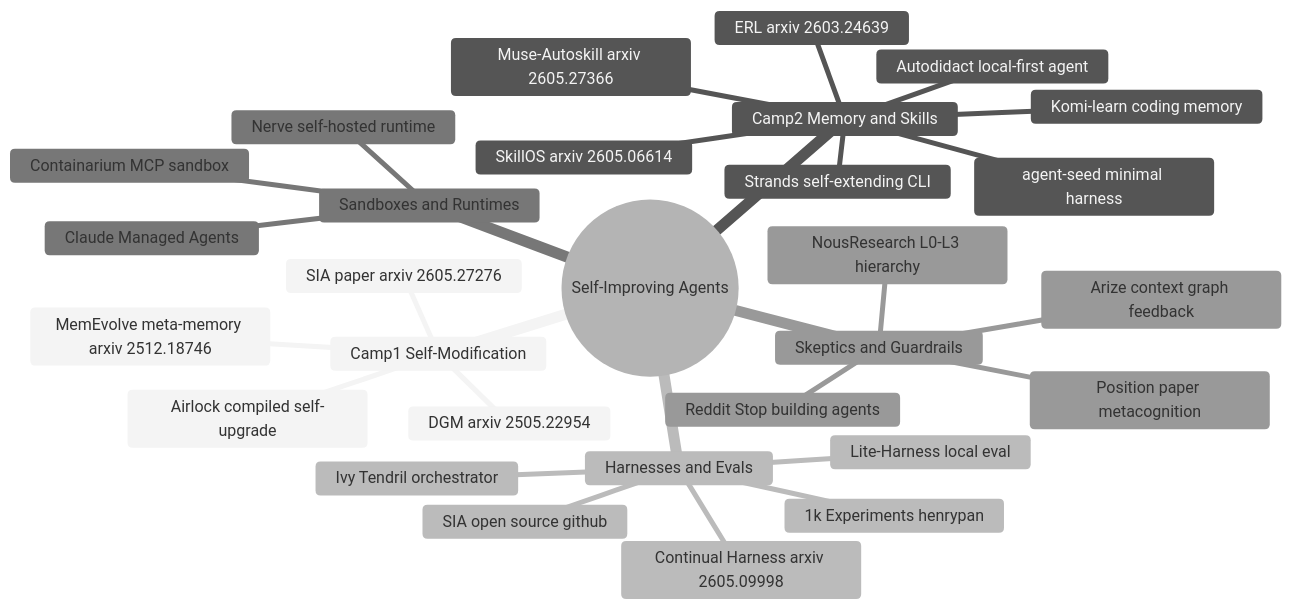
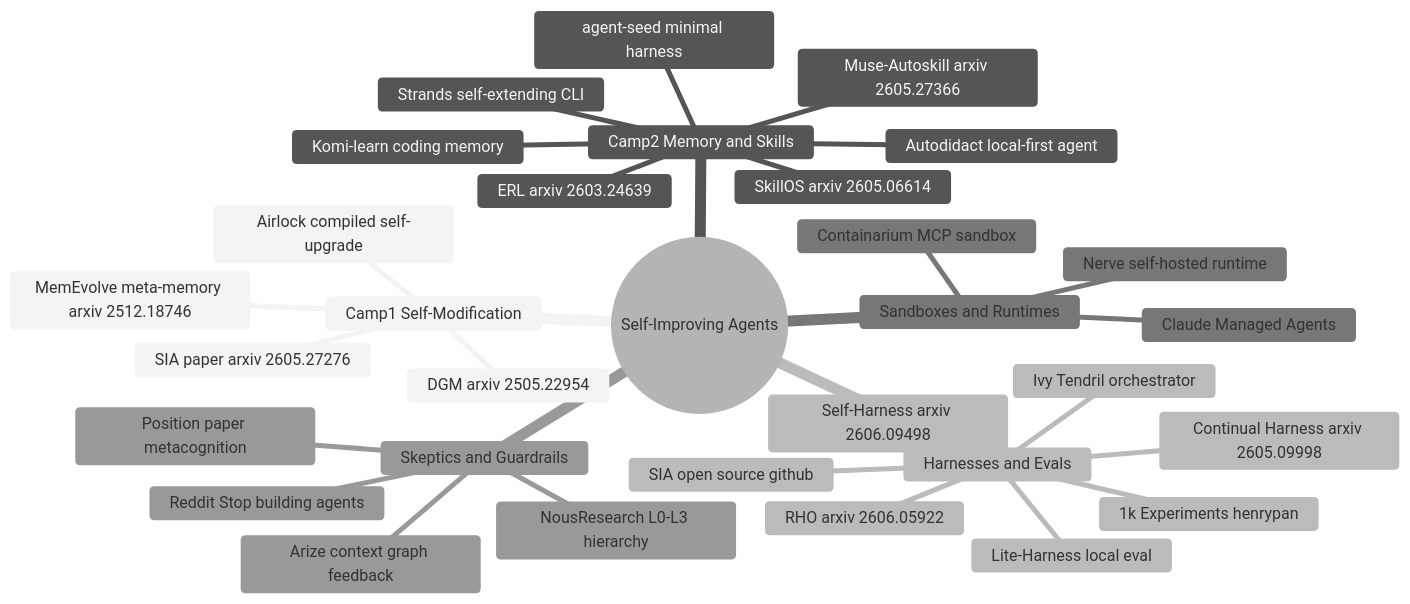
One commit to shaneliuyx/self-improving-agents-curriculum changed the first of 2 diagrams in curriculum/12 - Resources and Field Map.md. Above: the diagram before and after it, drawn with Mermaid. The commit also changed other lines of this file and 6 other files, not shown here.

````diff
--- a/curriculum/12 - Resources and Field Map.md
+++ b/curriculum/12 - Resources and Field Map.md
@@ -103,33 +105,35 @@
 ```mermaid
 %%{init: {"theme":"neutral","themeVariables":{"fontSize":"16px"}}}%%
 mindmap
   root((Self-Improving Agents))
     Camp1 Self-Modification
       DGM arxiv 2505.22954
       Airlock compiled self-upgrade
       SIA paper arxiv 2605.27276
       MemEvolve meta-memory arxiv 2512.18746
     Camp2 Memory and Skills
       SkillOS arxiv 2605.06614
       Muse-Autoskill arxiv 2605.27366
       ERL arxiv 2603.24639
       Autodidact local-first agent
       Komi-learn coding memory
       Strands self-extending CLI
       agent-seed minimal harness
     Harnesses and Evals
       Continual Harness arxiv 2605.09998
+      Self-Harness arxiv 2606.09498
+      RHO arxiv 2606.05922
       Lite-Harness local eval
       SIA open source github
       Ivy Tendril orchestrator
       1k Experiments henrypan
     Sandboxes and Runtimes
       Containarium MCP sandbox
       Nerve self-hosted runtime
       Claude Managed Agents
     Skeptics and Guardrails
       Reddit Stop building agents
       NousResearch L0-L3 hierarchy
       Arize context graph feedback
       Position paper metacognition
 ```
````
